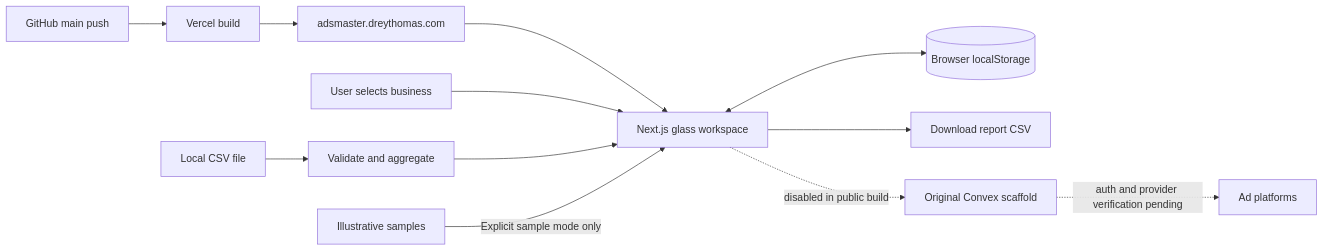
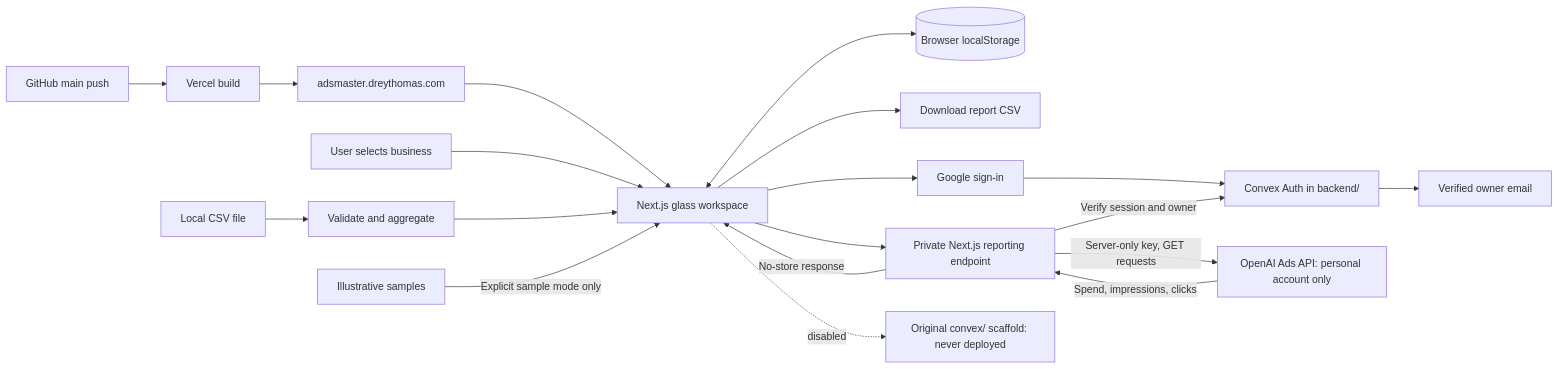
The diagram in docs/diagrams/workspace.mmd (Dreydrey9000/ads-master), drawn with Mermaid before and after one commit. The commit also changed 39 other files, not shown here.

Commit message:
Add owner-only Google sign-in and private ad reporting (#2)

```diff
--- a/docs/diagrams/workspace.mmd
+++ b/docs/diagrams/workspace.mmd
@@ -1,12 +1,19 @@
 flowchart LR
   Git[GitHub main push] --> Build[Vercel build]
   Build --> Host[adsmaster.dreythomas.com]
   Host --> UI
   User[User selects business] --> UI[Next.js glass workspace]
   CSV[Local CSV file] --> Validate[Validate and aggregate]
   Validate --> UI
   UI <--> Storage[(Browser localStorage)]
   UI --> Export[Download report CSV]
   Sample[Illustrative samples] -->|Explicit sample mode only| UI
-  UI -. disabled in public build .-> Convex[Original Convex scaffold]
-  Convex -. auth and provider verification pending .-> Providers[Ad platforms]
+  UI --> Google[Google sign-in]
+  Google --> Auth[Convex Auth in backend/]
+  Auth --> Owner[Verified owner email]
+  UI --> API[Private Next.js reporting endpoint]
+  API -->|Verify session and owner| Auth
+  API -->|Server-only key, GET requests| OpenAI[OpenAI Ads API: personal account only]
+  OpenAI -->|Spend, impressions, clicks| API
+  API -->|No-store response| UI
+  UI -. disabled .-> Legacy[Original convex/ scaffold: never deployed]
```
